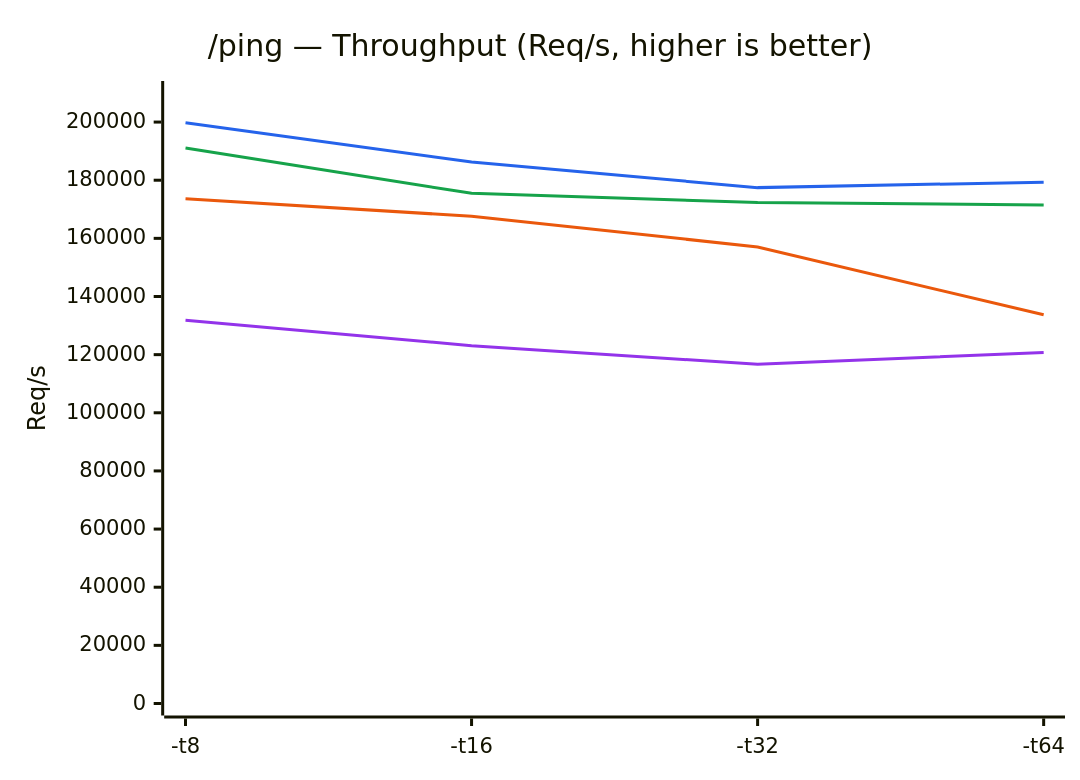
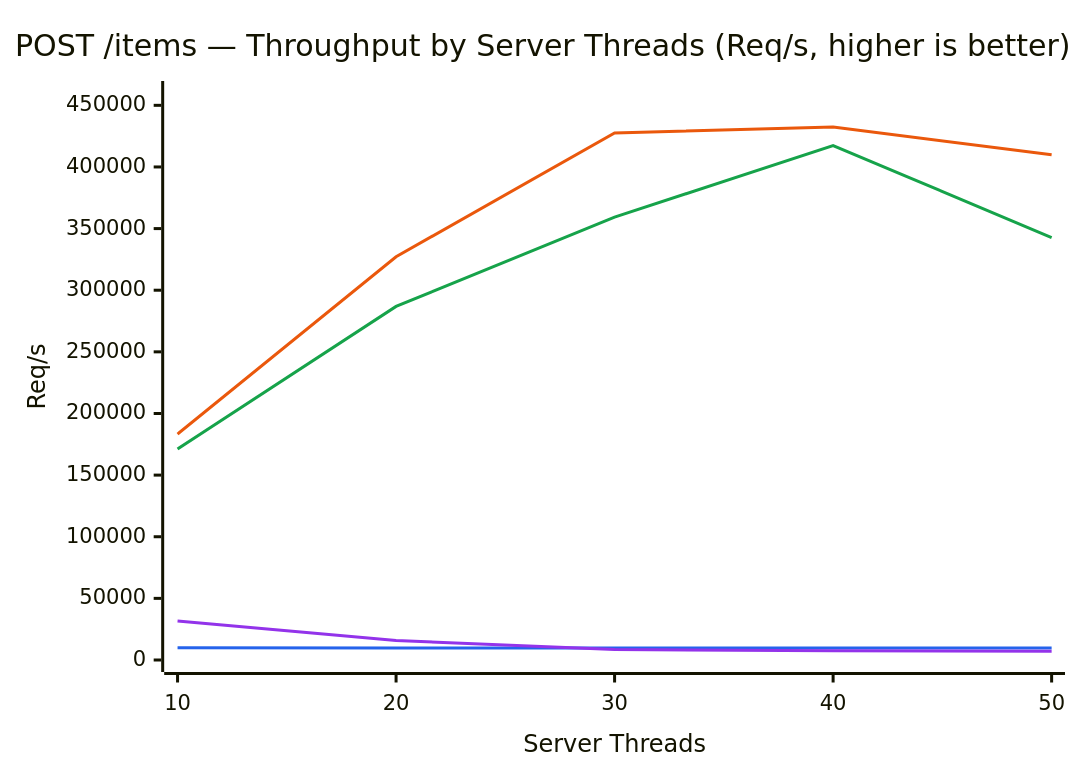
One commit to erlpython/epython changed the first of 3 diagrams in README.md. Above: the diagram before and after it, drawn with Mermaid. The commit also changed other lines of this file and 3 other files, not shown here.

````diff
--- a/README.md
+++ b/README.md
@@ -53,16 +59,16 @@
 ```mermaid
 ---
 config:
   themeVariables:
     xyChart:
-      plotColorPalette: "#2563eb, #16a34a, #ea580c, #9333ea"
+      plotColorPalette: "#ea580c, #16a34a, #2563eb, #9333ea"
 ---
 xychart-beta
-    title "/ping — Throughput (Req/s, higher is better)"
-    x-axis ["-t8", "-t16", "-t32", "-t64"]
-    y-axis "Req/s" 0 --> 210000
-    line [199800, 186242, 177451, 179332]
-    line [191045, 175488, 172340, 171503]
-    line [173621, 167611, 157056, 133704]
-    line [131855, 123085, 116677, 120751]
+    title "POST /items — Throughput by Server Threads (Req/s, higher is better)"
+    x-axis "Server Threads" ["10", "20", "30", "40", "50"]
+    y-axis "Req/s" 0 --> 460000
+    line [183293, 327172, 427601, 432361, 409928]
+    line [171193, 286849, 359254, 417353, 342737]
+    line [9909, 9726, 9712, 9656, 9682]
+    line [31548, 15829, 8500, 7597, 7101]
 ```
````
